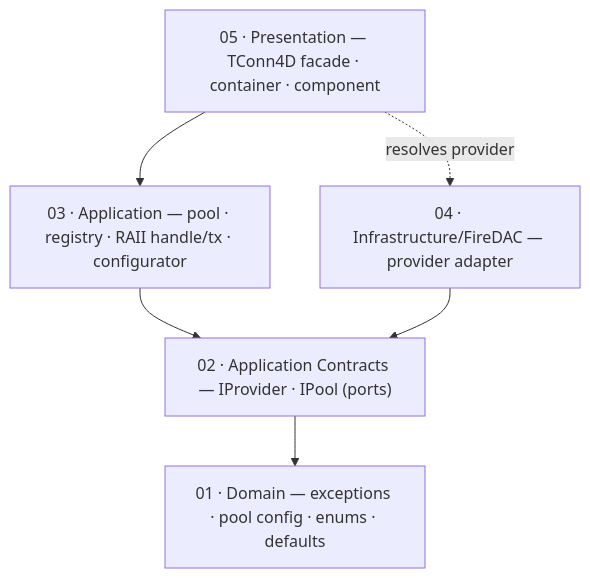
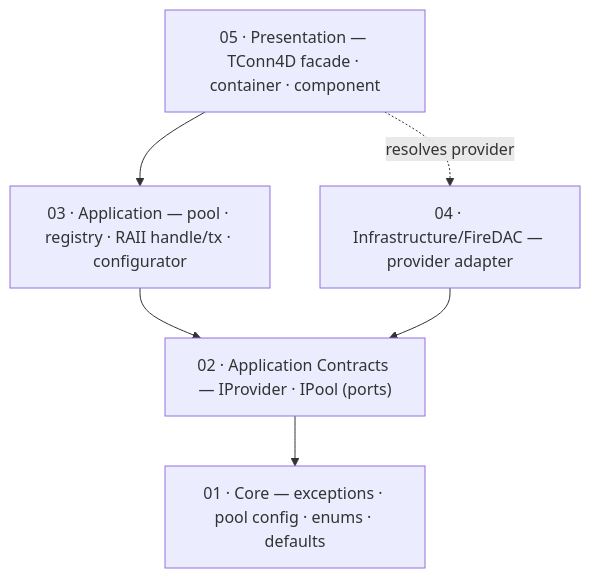
Before and after one commit to Gabrielcb08/conn4d: the second of 2 diagrams in README.md, drawn with Mermaid. The commit also changed other lines of this file and 11 other files, not shown here.

````diff
--- a/README.md
+++ b/README.md
@@ -313,13 +313,13 @@
 ```mermaid
 flowchart TD
     PR["05 · Presentation — TConn4D facade · container · component"]
     AP["03 · Application — pool · registry · RAII handle/tx · configurator"]
     IN["04 · Infrastructure/FireDAC — provider adapter"]
     CO["02 · Application Contracts — IProvider · IPool (ports)"]
-    DO["01 · Domain — exceptions · pool config · enums · defaults"]
+    DO["01 · Core — exceptions · pool config · enums · defaults"]
     PR --> AP
     AP --> CO
     IN --> CO
     CO --> DO
     PR -. resolves provider .-> IN
 ```
````
